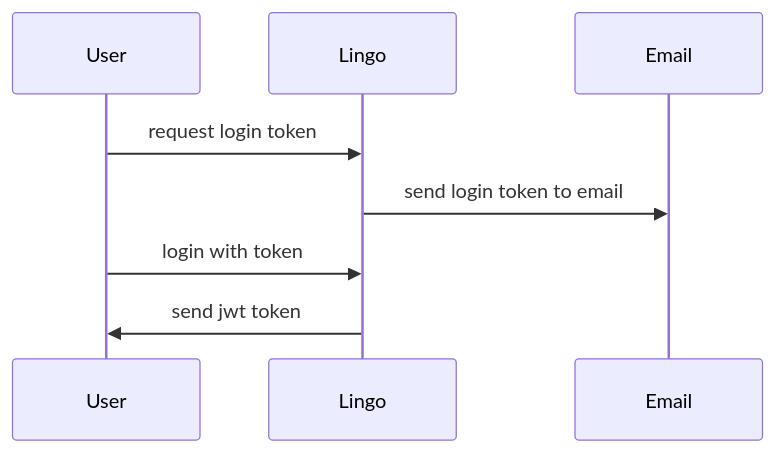
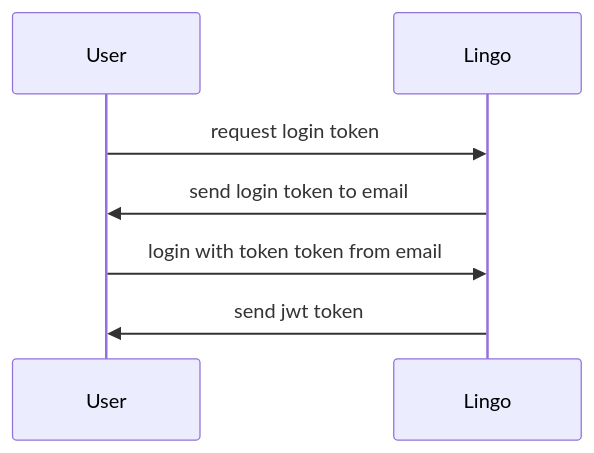
Before and after one commit to extreme-business/lingo: the second of 3 diagrams in README.md, drawn with Mermaid. The commit also changed other lines of this file and 3 other files, not shown here.

````diff
--- a/README.md
+++ b/README.md
@@ -32,7 +34,7 @@
 ```mermaid
 sequenceDiagram
     User->>Lingo: request login token
-    Lingo->>Email: send login token to email
-    User->>Lingo: login with token
+    Lingo->>User: send login token to email
+    User->>Lingo: login with token token from email
     Lingo->>User: send jwt token
 ```
````
